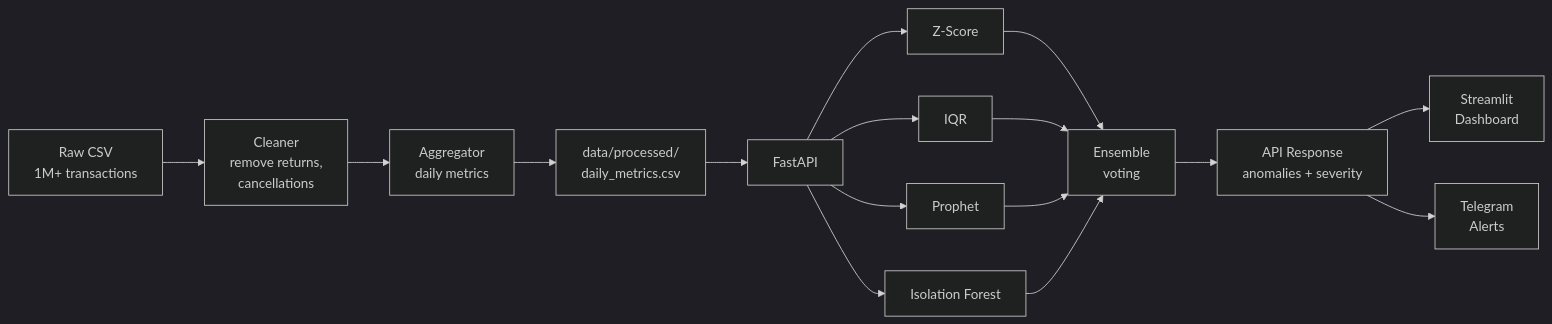
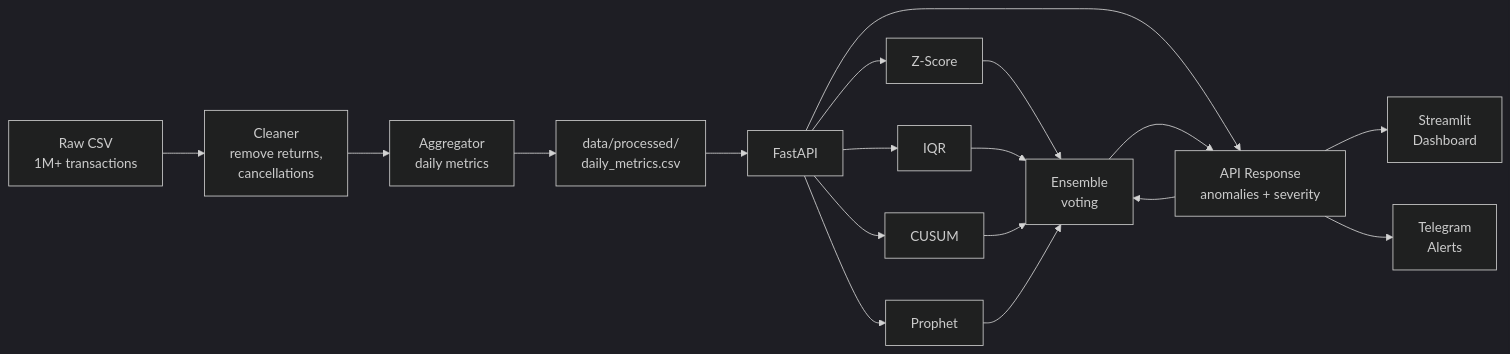
One commit to AbsoluteSuperb/anomaly-detection-servic changed the diagram in README.md. Above: the diagram before and after it, drawn with Mermaid (dark theme). The commit also changed other lines of this file and 5 other files, not shown here.

````diff
--- a/README.md
+++ b/README.md
@@ -91,15 +92,16 @@
 ```mermaid
 graph LR
     A[Raw CSV<br/>1M+ transactions] --> B[Cleaner<br/>remove returns,<br/>cancellations]
     B --> C[Aggregator<br/>daily metrics]
     C --> D[data/processed/<br/>daily_metrics.csv]
     D --> E[FastAPI]
     E --> F[Z-Score]
     E --> G[IQR]
-    E --> H[Prophet]
-    E --> I[Isolation Forest]
-    F & G & H & I --> J[Ensemble<br/>voting]
+    E --> H[CUSUM]
+    E --> I[Prophet]
+    E --> K[Isolation Forest]
+    F & G & H & I & K --> J[Ensemble<br/>voting]
     J --> K[API Response<br/>anomalies + severity]
     K --> L[Streamlit<br/>Dashboard]
     K --> M[Telegram<br/>Alerts]
 ```
````
